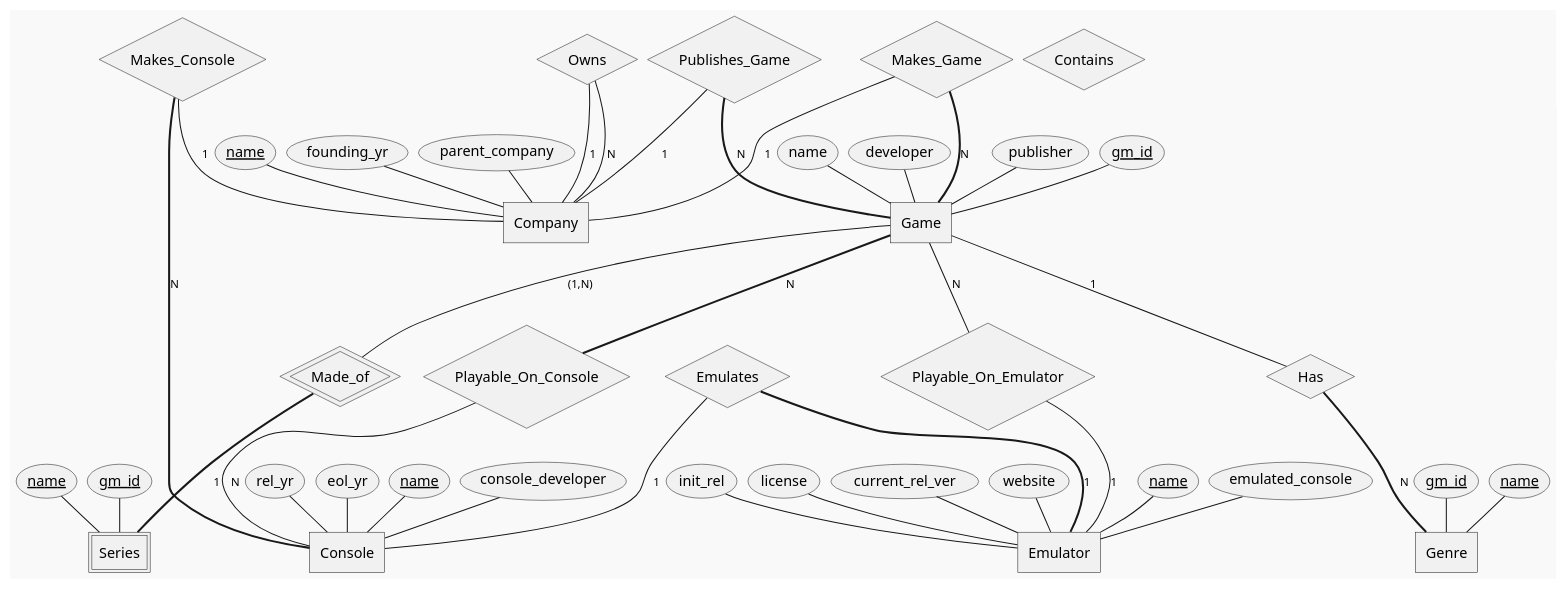
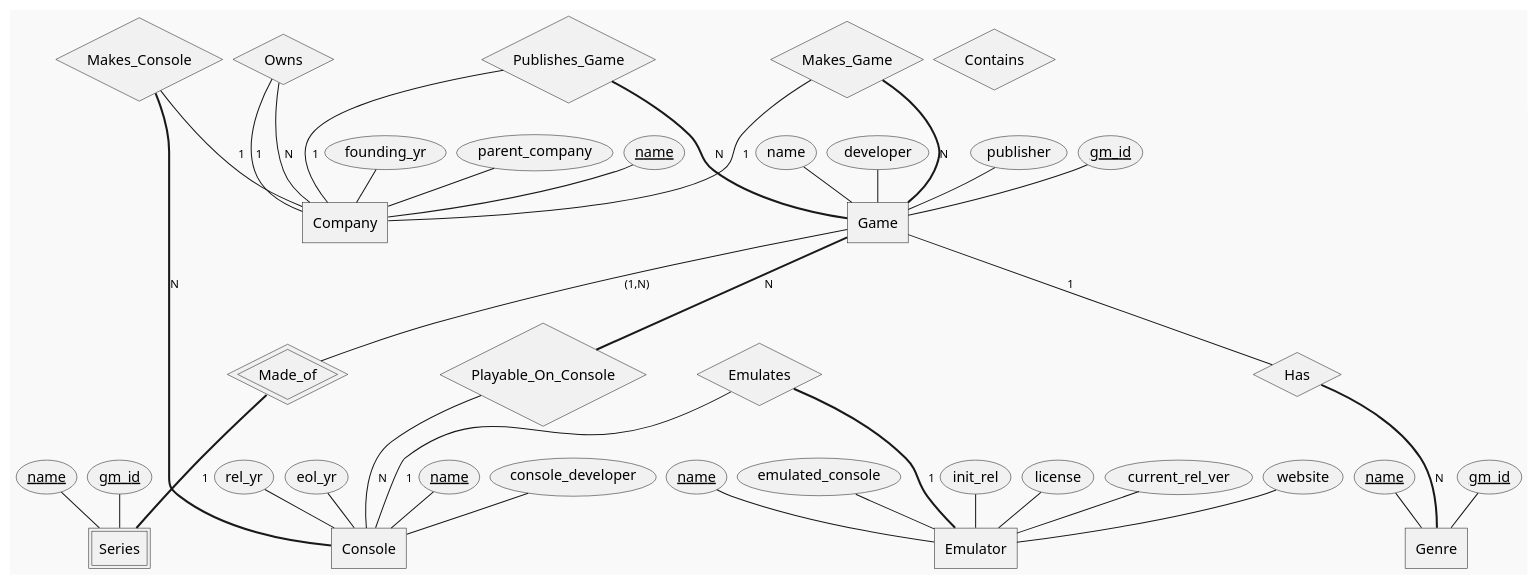
One commit to AndrewN20/CS4347-005-TeamSupremeVictory-main changed the diagram in eerDiagram3NF.plantuml. Above: the diagram before and after it, drawn with PlantUML.

Commit message:
Update eerDiagram3NF.plantuml
Removed Playable_On_Emulator

```diff
--- a/eerDiagram3NF.plantuml
+++ b/eerDiagram3NF.plantuml
@@ -1,107 +1,102 @@
 @startchen
 !theme mars
 '!theme mono
 
 'vertical spacing
 skinparam ranksep 30
 'horizontal spacing
 skinparam nodesep 10  
 
 'entity definitions
 entity Game {
         'pk
         gm_id <<key>>
         name
         'fk
         developer
         'fk
         publisher
 }
 
 entity Series <<weak>> {
         name <<key>>
         gm_id <<key>>
 }
 
 entity Console {
         'pk
         name <<key>>
         'fk
         console_developer
         rel_yr
         eol_yr
 }
 
 entity Company{
         'pk
         name <<key>>
         founding_yr
         'fk
         parent_company
 }
 
 entity Emulator {
         'pk
         name <<key>>
         'fk
         emulated_console
         init_rel
         license
         current_rel_ver
         website
 }
 entity Genre {
 gm_id <<key>>
 name <<key>>
 }
 
 'relationship definitions
 relationship "Made_of" as MO <<identifying>> {
 }
 relationship "Makes_Game" as mg {
 }
 relationship "Publishes_Game" as pg {
 }
 relationship "Makes_Console" as mc {
 }
 relationship "Owns" as own {
 }
 relationship "Playable_On_Console" as ploc {
 }
-relationship "Playable_On_Emulator" as ploe {
-}
 relationship Emulates {
 }
 relationship Has {
 }
 relationship Contains {
 }
 
 Game -(1,N)- MO
 MO =1= Series
 
 Game =N= ploc
 ploc -N- Console
-
-Game -N- ploe
-ploe -1- Emulator
 
 mg -1- Company
 mg =N= Game
 
 pg -1- Company
 pg =N= Game
 
 mc -1- Company
 mc =N= Console
 
 own -1- Company
 own -N- Company
 
 Emulates -1- Console
 Emulates =1= Emulator
 
 Game -1- Has
 Has =N= Genre
 
 @endchen
```
